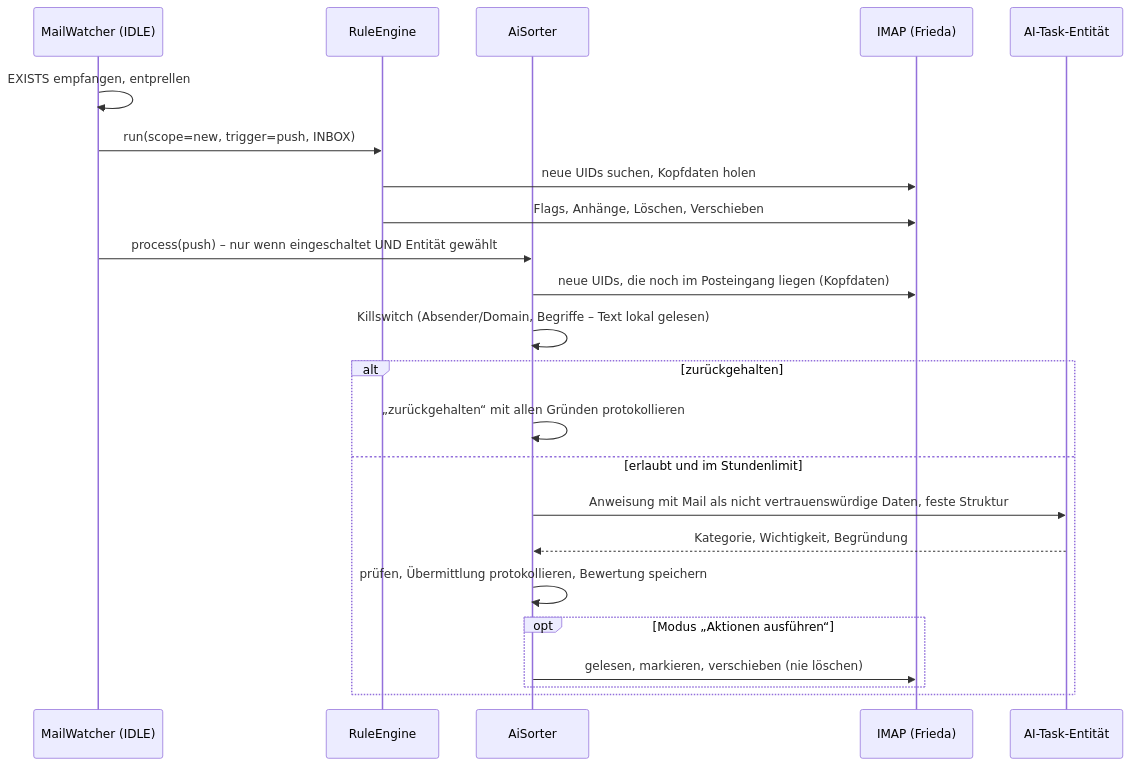
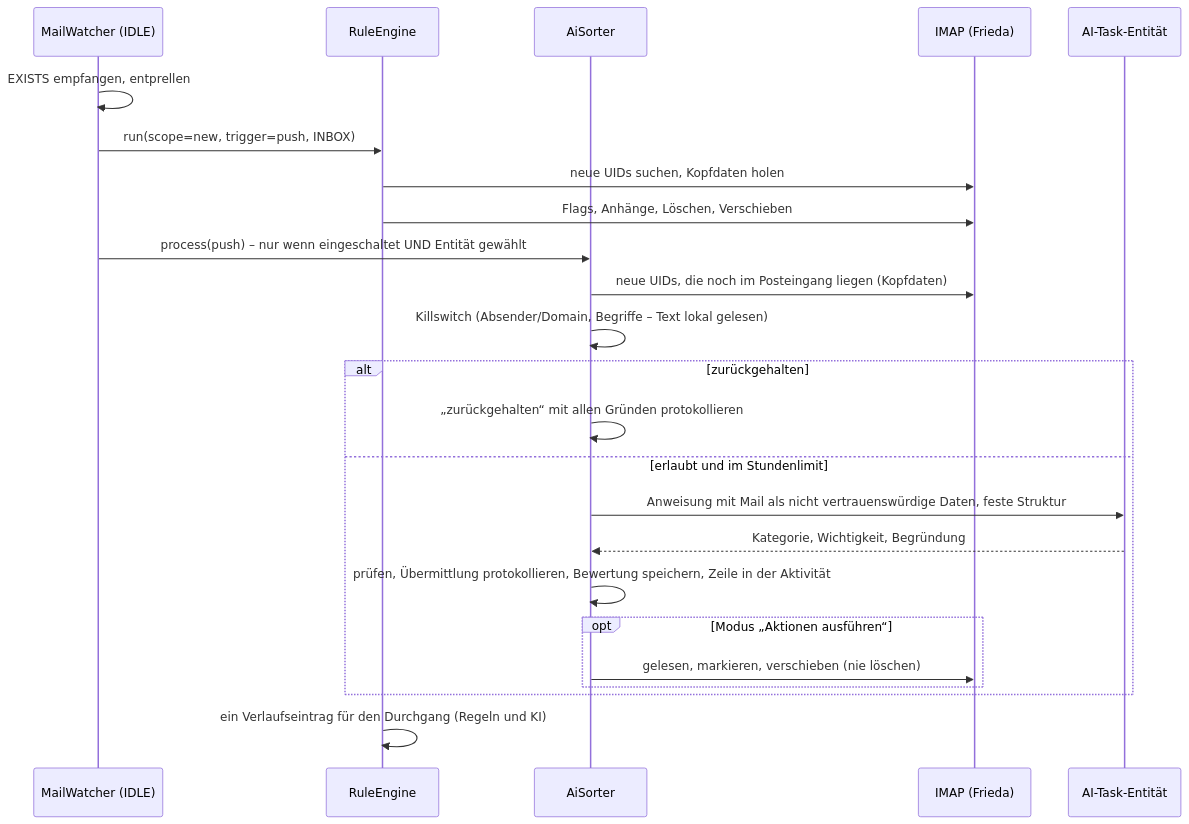
One commit to nadeo360/friedafetch changed the fourth of 7 diagrams in docs/architecture.de.md. Above: the diagram before and after it, drawn with Mermaid. The commit also changed other lines of this file and 1 other file, not shown here.

````diff
--- a/docs/architecture.de.md
+++ b/docs/architecture.de.md
@@ -252,25 +270,26 @@
 ```mermaid
 sequenceDiagram
   participant W as MailWatcher (IDLE)
   participant R as RuleEngine
   participant S as AiSorter
   participant M as IMAP (Frieda)
   participant K as AI-Task-Entität
   W->>W: EXISTS empfangen, entprellen
   W->>R: run(scope=new, trigger=push, INBOX)
   R->>M: neue UIDs suchen, Kopfdaten holen
   R->>M: Flags, Anhänge, Löschen, Verschieben
   W->>S: process(push) – nur wenn eingeschaltet UND Entität gewählt
   S->>M: neue UIDs, die noch im Posteingang liegen (Kopfdaten)
   S->>S: Killswitch (Absender/Domain, Begriffe – Text lokal gelesen)
   alt zurückgehalten
     S->>S: „zurückgehalten“ mit allen Gründen protokollieren
   else erlaubt und im Stundenlimit
     S->>K: Anweisung mit Mail als nicht vertrauenswürdige Daten, feste Struktur
     K-->>S: Kategorie, Wichtigkeit, Begründung
-    S->>S: prüfen, Übermittlung protokollieren, Bewertung speichern
+    S->>S: prüfen, Übermittlung protokollieren, Bewertung speichern, Zeile in der Aktivität
     opt Modus „Aktionen ausführen“
       S->>M: gelesen, markieren, verschieben (nie löschen)
     end
   end
+  R->>R: ein Verlaufseintrag für den Durchgang (Regeln und KI)
 ```
````
